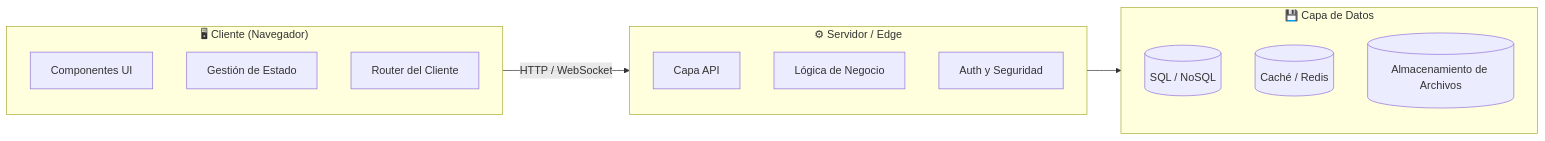
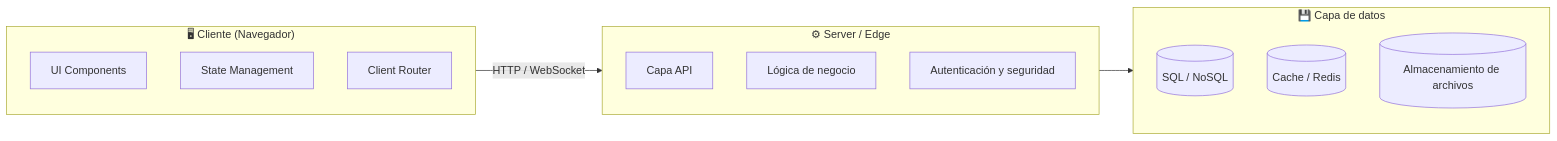
Before and after one commit to jsa4000/Getting-Started-Fullstack: the first of 4 diagrams in docs/slides/SLIDES.es.md, drawn with Mermaid. The commit also changed other lines of this file and 2 other files, not shown here.

```diff
--- a/docs/slides/SLIDES.es.md
+++ b/docs/slides/SLIDES.es.md
@@ -151,20 +151,20 @@
 <div class="mermaid">
 flowchart LR
     subgraph Client["🖥 Cliente (Navegador)"]
-        UI["Componentes UI"]
-        SM["Gestión de Estado"]
-        CR["Router del Cliente"]
+        UI["UI Components"]
+        SM["State Management"]
+        CR["Client Router"]
     end
-    subgraph Server["⚙ Servidor / Edge"]
+    subgraph Server["⚙ Server / Edge"]
         API["Capa API"]
-        BL["Lógica de Negocio"]
-        Sec["Auth y Seguridad"]
+        BL["Lógica de negocio"]
+        Sec["Autenticación y seguridad"]
     end
-    subgraph Data["💾 Capa de Datos"]
-        DB[("SQL / NoSQL")]
-        Cache[("Caché / Redis")]
-        FS[("Almacenamiento de Archivos")]
+    subgraph Data["💾 Capa de datos"]
+      DB[("SQL / NoSQL")]
+      Cache[("Cache / Redis")]
+      FS[("Almacenamiento de archivos")]
     end
     Client -->|"HTTP / WebSocket"| Server
     Server --> Data
 </div>
```
